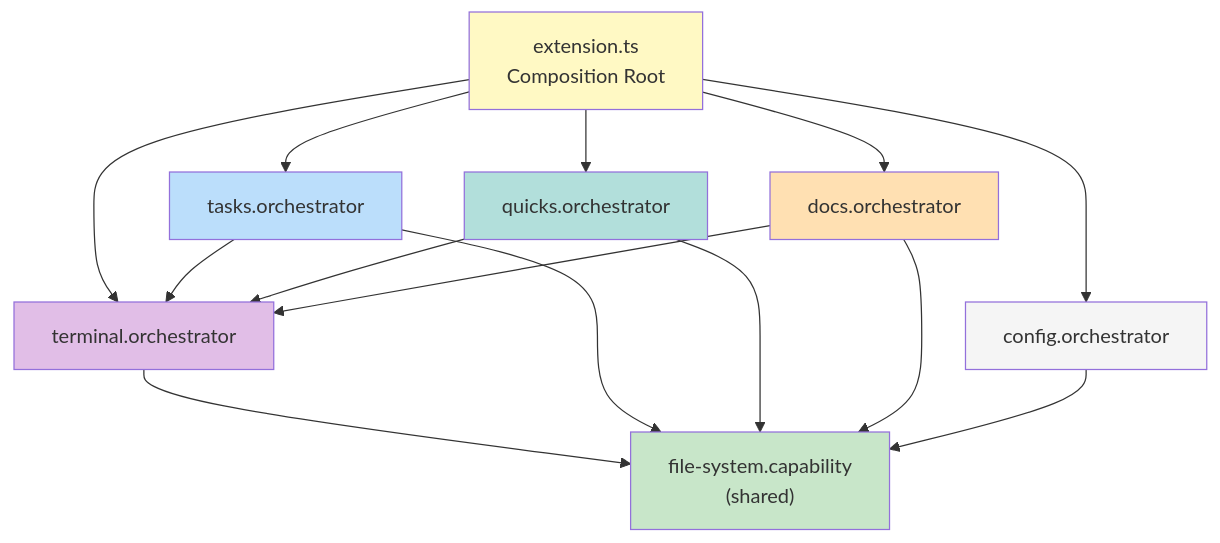
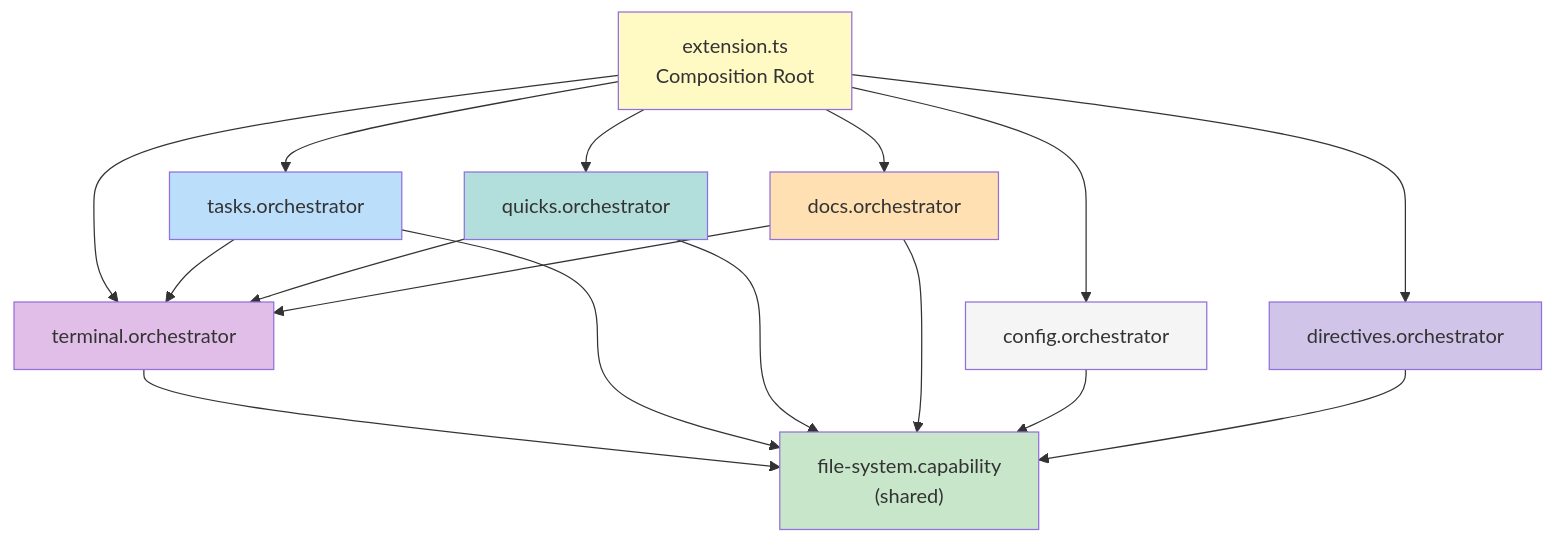
Before and after one commit to mattfletcher94/festinalente: the first of 3 diagrams in .festinalente/engineering/systems/vscode-extension/_index.md, drawn with Mermaid. The commit also changed other lines of this file and 1 other file, not shown here.

Commit message:
docs(022-add-directives-collapsible-to-vscode-extension): product+engineering - Add directives section documentation

````diff
--- a/.festinalente/engineering/systems/vscode-extension/_index.md
+++ b/.festinalente/engineering/systems/vscode-extension/_index.md
@@ -120,36 +129,40 @@
 ```mermaid
 graph TD
     EXT["extension.ts<br/>Composition Root"]
 
     TERM["terminal.orchestrator"]
     TASKS["tasks.orchestrator"]
     QUICKS["quicks.orchestrator"]
     DOCS["docs.orchestrator"]
     CONFIG["config.orchestrator"]
+    DIR["directives.orchestrator"]
 
     FS["file-system.capability<br/>(shared)"]
 
     EXT --> TERM
     EXT --> TASKS
     EXT --> QUICKS
     EXT --> DOCS
     EXT --> CONFIG
+    EXT --> DIR
 
     TASKS --> TERM
     QUICKS --> TERM
     DOCS --> TERM
 
     TERM --> FS
     TASKS --> FS
     QUICKS --> FS
     DOCS --> FS
     CONFIG --> FS
+    DIR --> FS
 
     style EXT fill:#fff9c4
     style TERM fill:#e1bee7
     style TASKS fill:#bbdefb
     style QUICKS fill:#b2dfdb
     style DOCS fill:#ffe0b2
     style CONFIG fill:#f5f5f5
+    style DIR fill:#d1c4e9
     style FS fill:#c8e6c9
 ```
````
